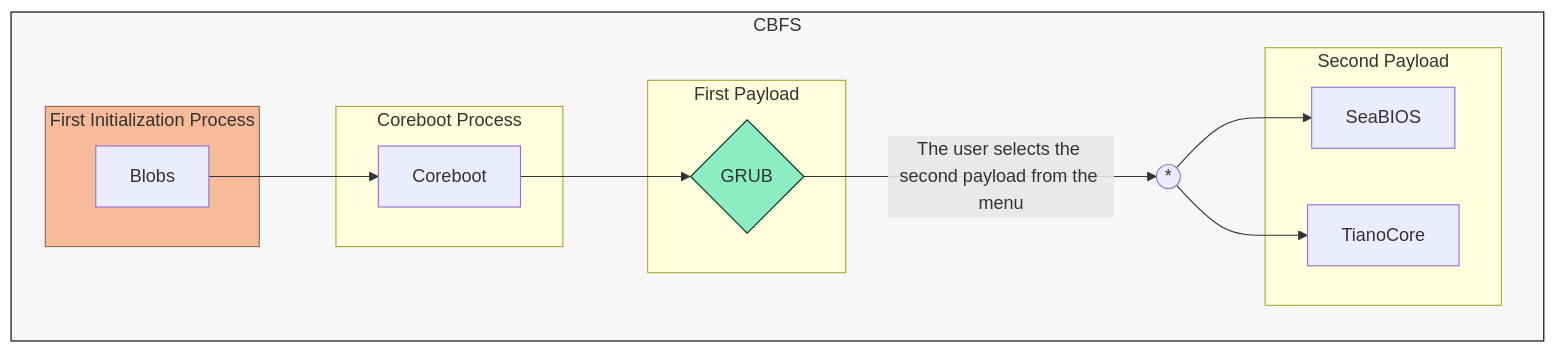
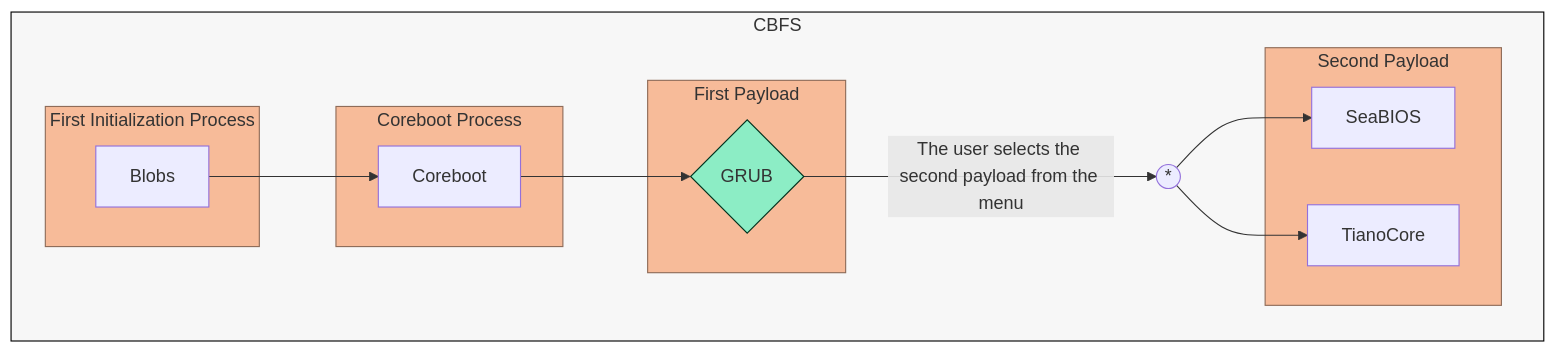
Before and after one commit to Ch3ckm4t3C1ph3r/Lenovo-Ideapad-320-14ISK-_Coreboot-Adaptation_: the diagram in README.md, drawn with Mermaid.

Commit message:
Modify flowchart styles and add class definitions
Updated flowchart styles in README and added class definitions.

````diff
--- a/README.md
+++ b/README.md
@@ -104,34 +104,36 @@
 ```mermaid
 flowchart LR;
     %% Definition of style of each element by id
     style cbfs fill:#f7f7f7,stroke:#000000,stroke-width:1px;
     style p1 fill:#8CEDC5,stroke:#00331E,stroke-width:1px
-    style sbg1 fill:#F7BB99,stroke:#8F6C59,stroke-width:1px
+    classDef sbgStyle fill:#F7BB99,stroke:#8F6C59,stroke-width:1px
     
     subgraph cbfs[CBFS]
         direction LR
 
         %% Not publicly documented boot process
         subgraph sbg1[First Initialization Process]
         Blobs
         end
 
         Blobs --> Coreboot
 
         subgraph sbg2[Coreboot Process]
         Coreboot
         end
     
         Coreboot-->p1{GRUB}
     
         subgraph sbg3[First Payload]
         p1{GRUB}
         end
     
         p1{GRUB}--The user selects the second payload from the menu-->UNION((*))-->p2_1[SeaBIOS] & p2_2[TianoCore]
     
         subgraph sbg4[Second Payload]
         p2_1[SeaBIOS] & p2_2[TianoCore]
         end
     end
+
+    class sbg1,sbg2,sbg3,sbg4 sbgStyle
 ```
````
